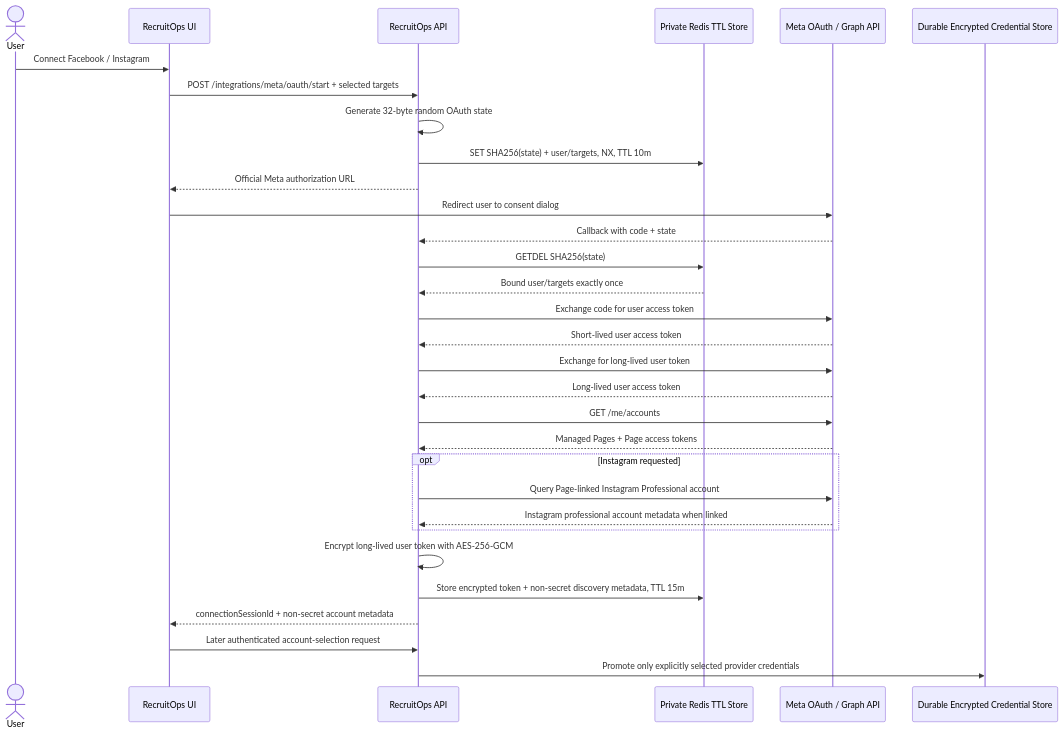
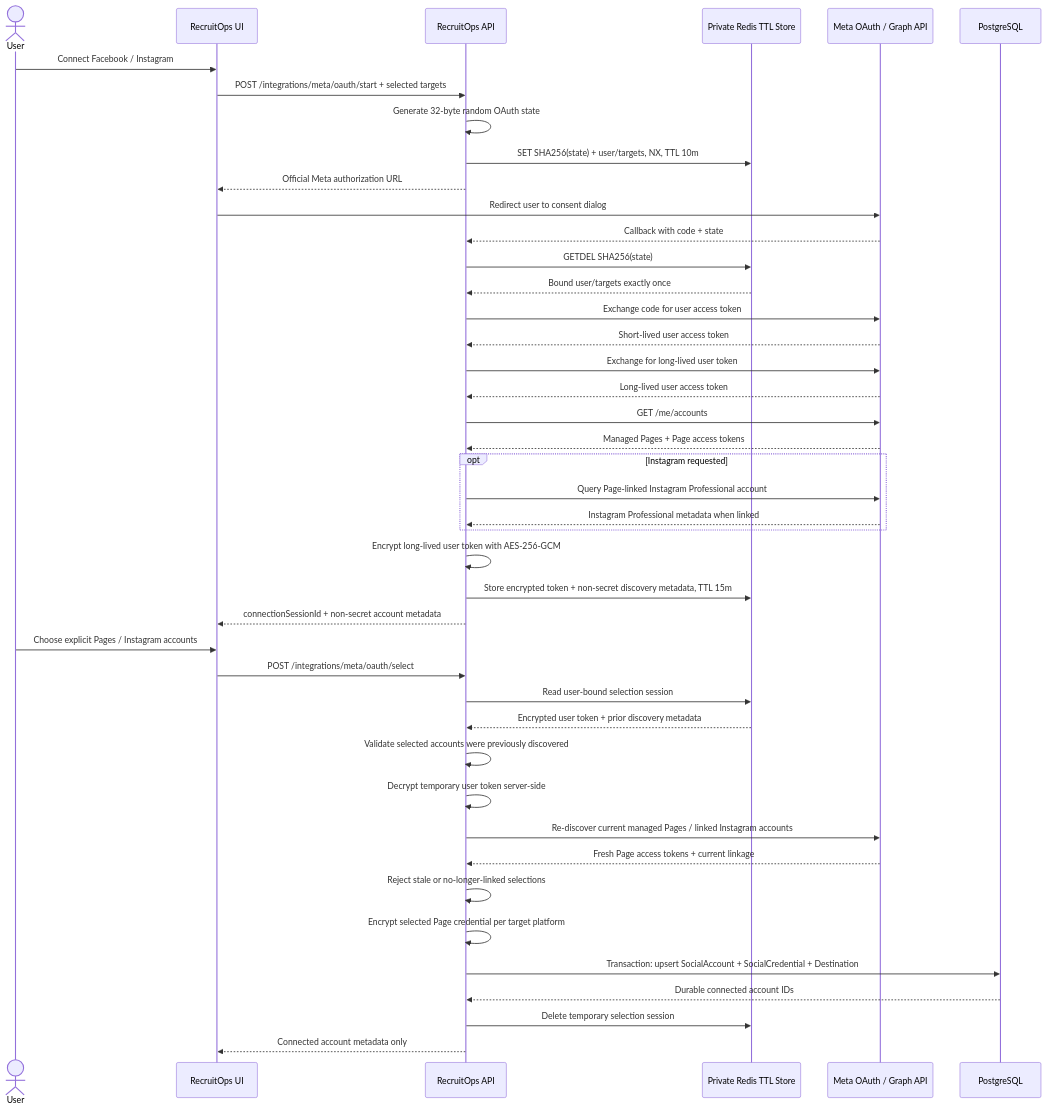
One commit to vitoo16/recruitops-platform changed the diagram in docs/architecture/meta-connection.md. Above: the diagram before and after it, drawn with Mermaid. The commit also changed other lines of this file, not shown here.

Commit message:
docs: document Meta account promotion flow

````diff
--- a/docs/architecture/meta-connection.md
+++ b/docs/architecture/meta-connection.md
@@ -31,34 +31,47 @@
 ```mermaid
 sequenceDiagram
     actor User
     participant UI as RecruitOps UI
     participant API as RecruitOps API
     participant Redis as Private Redis TTL Store
     participant Meta as Meta OAuth / Graph API
-    participant Store as Durable Encrypted Credential Store
+    participant DB as PostgreSQL
 
     User->>UI: Connect Facebook / Instagram
     UI->>API: POST /integrations/meta/oauth/start + selected targets
     API->>API: Generate 32-byte random OAuth state
     API->>Redis: SET SHA256(state) + user/targets, NX, TTL 10m
     API-->>UI: Official Meta authorization URL
     UI->>Meta: Redirect user to consent dialog
     Meta-->>API: Callback with code + state
     API->>Redis: GETDEL SHA256(state)
     Redis-->>API: Bound user/targets exactly once
     API->>Meta: Exchange code for user access token
     Meta-->>API: Short-lived user access token
     API->>Meta: Exchange for long-lived user token
     Meta-->>API: Long-lived user access token
     API->>Meta: GET /me/accounts
     Meta-->>API: Managed Pages + Page access tokens
     opt Instagram requested
         API->>Meta: Query Page-linked Instagram Professional account
-        Meta-->>API: Instagram professional account metadata when linked
+        Meta-->>API: Instagram Professional metadata when linked
     end
     API->>API: Encrypt long-lived user token with AES-256-GCM
     API->>Redis: Store encrypted token + non-secret discovery metadata, TTL 15m
     API-->>UI: connectionSessionId + non-secret account metadata
-    UI->>API: Later authenticated account-selection request
-    API->>Store: Promote only explicitly selected provider credentials
+
+    User->>UI: Choose explicit Pages / Instagram accounts
+    UI->>API: POST /integrations/meta/oauth/select
+    API->>Redis: Read user-bound selection session
+    Redis-->>API: Encrypted user token + prior discovery metadata
+    API->>API: Validate selected accounts were previously discovered
+    API->>API: Decrypt temporary user token server-side
+    API->>Meta: Re-discover current managed Pages / linked Instagram accounts
+    Meta-->>API: Fresh Page access tokens + current linkage
+    API->>API: Reject stale or no-longer-linked selections
+    API->>API: Encrypt selected Page credential per target platform
+    API->>DB: Transaction: upsert SocialAccount + SocialCredential + Destination
+    DB-->>API: Durable connected account IDs
+    API->>Redis: Delete temporary selection session
+    API-->>UI: Connected account metadata only
 ```
````
